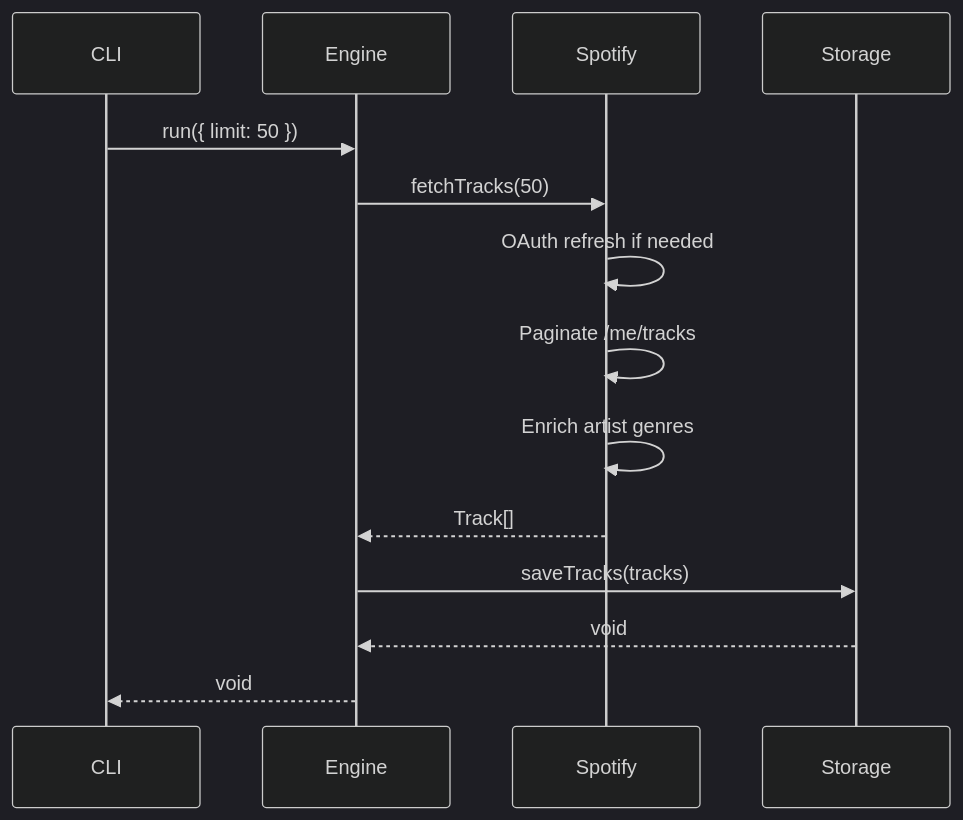
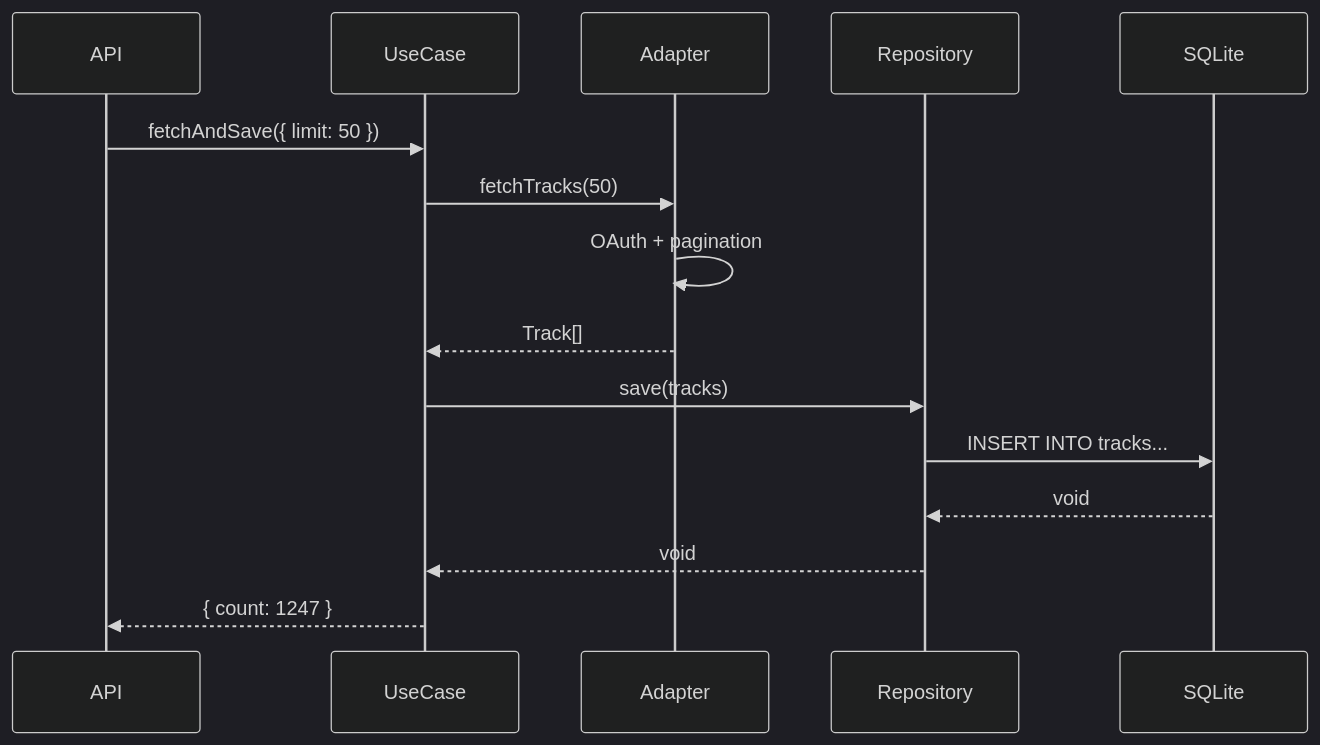
The diagram in docs/architecture/backend.md (jorgesalica/flow-sample), drawn with Mermaid (dark theme) before and after one commit. The commit also changed other lines of this file and 33 other files, not shown here.

Commit message:
feat: introduce Spotify flow feature with API and CLI for track fetching and management, including core engine, domain, and infrastructure components.

````diff
--- a/docs/architecture/backend.md
+++ b/docs/architecture/backend.md
@@ -97,17 +143,18 @@
 ```mermaid
 sequenceDiagram
-    participant CLI
-    participant Engine
-    participant Spotify
-    participant Storage
+    participant API
+    participant UseCase
+    participant Adapter
+    participant Repository
+    participant SQLite
 
-    CLI->>Engine: run({ limit: 50 })
-    Engine->>Spotify: fetchTracks(50)
-    Spotify->>Spotify: OAuth refresh if needed
-    Spotify->>Spotify: Paginate /me/tracks
-    Spotify->>Spotify: Enrich artist genres
-    Spotify-->>Engine: Track[]
-    Engine->>Storage: saveTracks(tracks)
-    Storage-->>Engine: void
-    Engine-->>CLI: void
+    API->>UseCase: fetchAndSave({ limit: 50 })
+    UseCase->>Adapter: fetchTracks(50)
+    Adapter->>Adapter: OAuth + pagination
+    Adapter-->>UseCase: Track[]
+    UseCase->>Repository: save(tracks)
+    Repository->>SQLite: INSERT INTO tracks...
+    SQLite-->>Repository: void
+    Repository-->>UseCase: void
+    UseCase-->>API: { count: 1247 }
 ```
````
